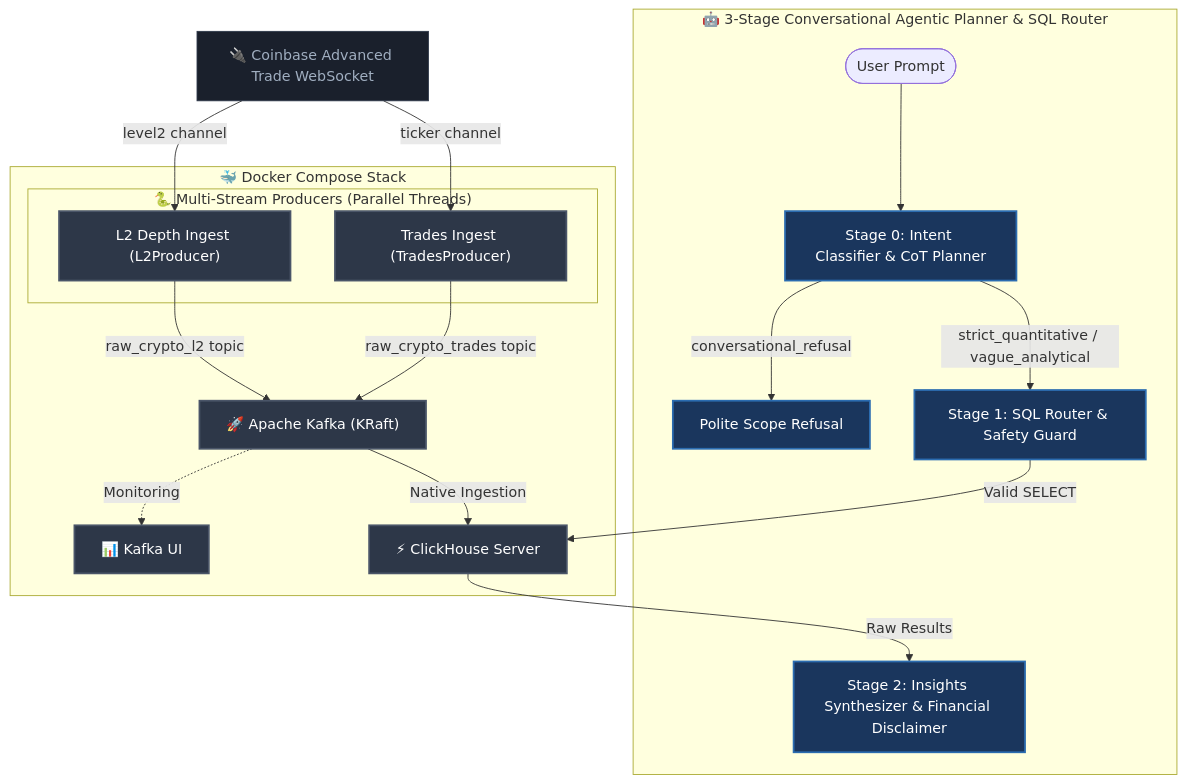
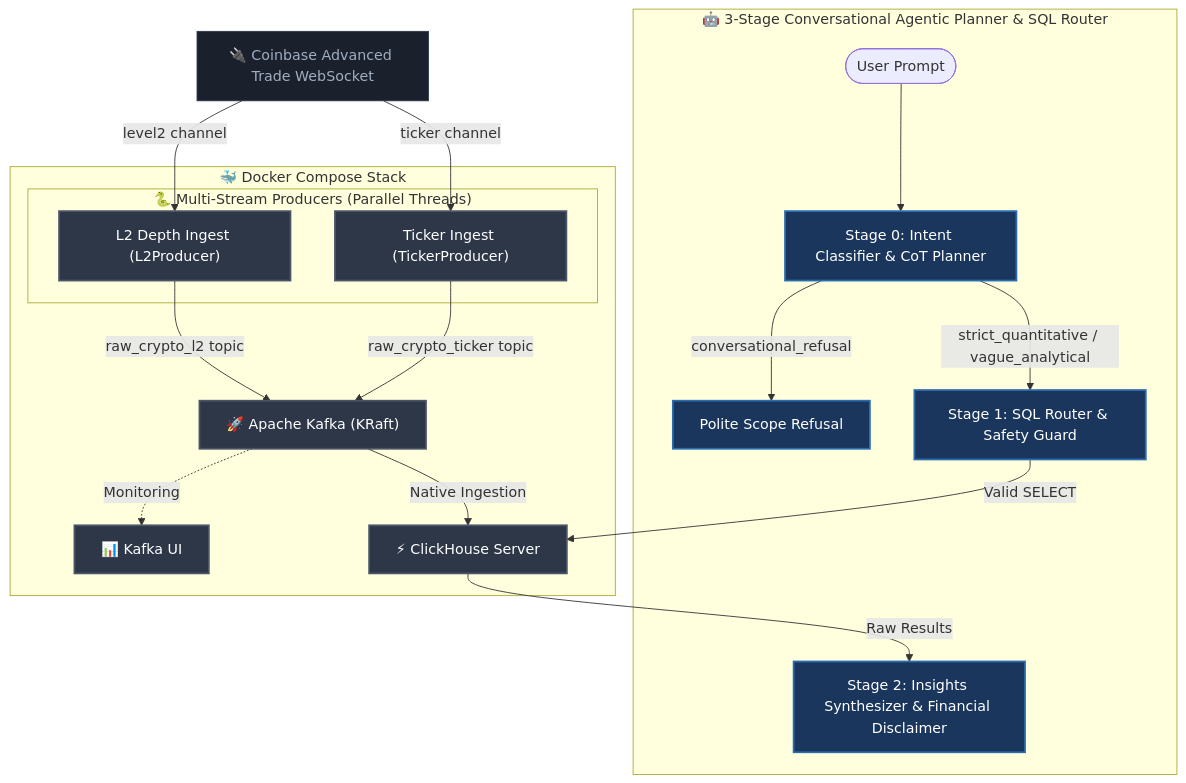
Before and after one commit to sysung/crypto-dash: the diagram in README.md, drawn with Mermaid. The commit also changed other lines of this file and 5 other files, not shown here.

Commit message:
fix: Change from trades to ticker events

````diff
--- a/README.md
+++ b/README.md
@@ -9,33 +9,33 @@
 ```mermaid
 graph TD
     classDef tech fill:#2d3748,stroke:#4a5568,stroke-width:2px,color:#fff;
     classDef external fill:#1a202c,stroke:#2d3748,color:#a0aec0;
     classDef agent fill:#1a365d,stroke:#2b6cb0,stroke-width:2px,color:#fff;
 
     Coinbase["🔌 Coinbase Advanced Trade WebSocket"]:::external
     
     subgraph Docker ["🐳 Docker Compose Stack"]
         subgraph MultiProducer ["🐍 Multi-Stream Producers (Parallel Threads)"]
-            Trades["Trades Ingest (TradesProducer)"]:::tech
+            Ticker["Ticker Ingest (TickerProducer)"]:::tech
             L2["L2 Depth Ingest (L2Producer)"]:::tech
         end
         Kafka["🚀 Apache Kafka (KRaft)"]:::tech
         KafkaUI["📊 Kafka UI"]:::tech
         ClickHouse["⚡ ClickHouse Server"]:::tech
     end
 
     subgraph Agent ["🤖 3-Stage Conversational Agentic Planner & SQL Router"]
         UserPrompt([User Prompt]) --> Stage0[Stage 0: Intent Classifier & CoT Planner]:::agent
         Stage0 -->|conversational_refusal| Refusal[Polite Scope Refusal]:::agent
         Stage0 -->|strict_quantitative / vague_analytical| Stage1[Stage 1: SQL Router & Safety Guard]:::agent
         Stage1 -->|Valid SELECT| ClickHouse
         ClickHouse -->|Raw Results| Stage2[Stage 2: Insights Synthesizer & Financial Disclaimer]:::agent
     end
 
-    Coinbase -->|ticker channel| Trades
+    Coinbase -->|ticker channel| Ticker
     Coinbase -->|level2 channel| L2
-    Trades -->|raw_crypto_trades topic| Kafka
+    Ticker -->|raw_crypto_ticker topic| Kafka
     L2 -->|raw_crypto_l2 topic| Kafka
     Kafka -.->|Monitoring| KafkaUI
     Kafka -->|Native Ingestion| ClickHouse
 ```
````
